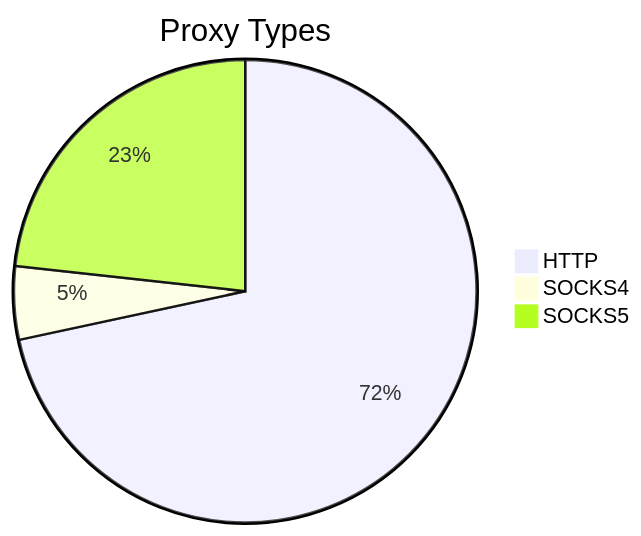
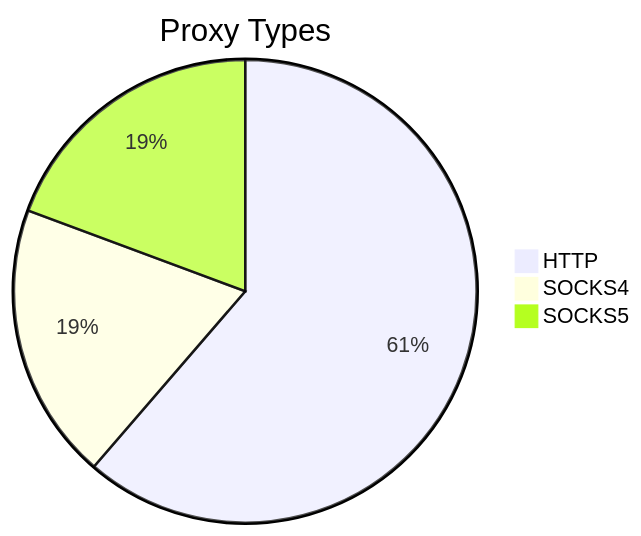
One commit to stormsia/proxy-list changed the first of 2 diagrams in README.md. Above: the diagram before and after it, drawn with Mermaid. The commit also changed other lines of this file, not shown here.

````diff
--- a/README.md
+++ b/README.md
@@ -21,6 +21,6 @@
 ```mermaid
 pie title Proxy Types
-    "HTTP" : 154
-    "SOCKS4" : 11
-    "SOCKS5" : 50
+    "HTTP" : 314
+    "SOCKS4" : 99
+    "SOCKS5" : 99
 ```
````
